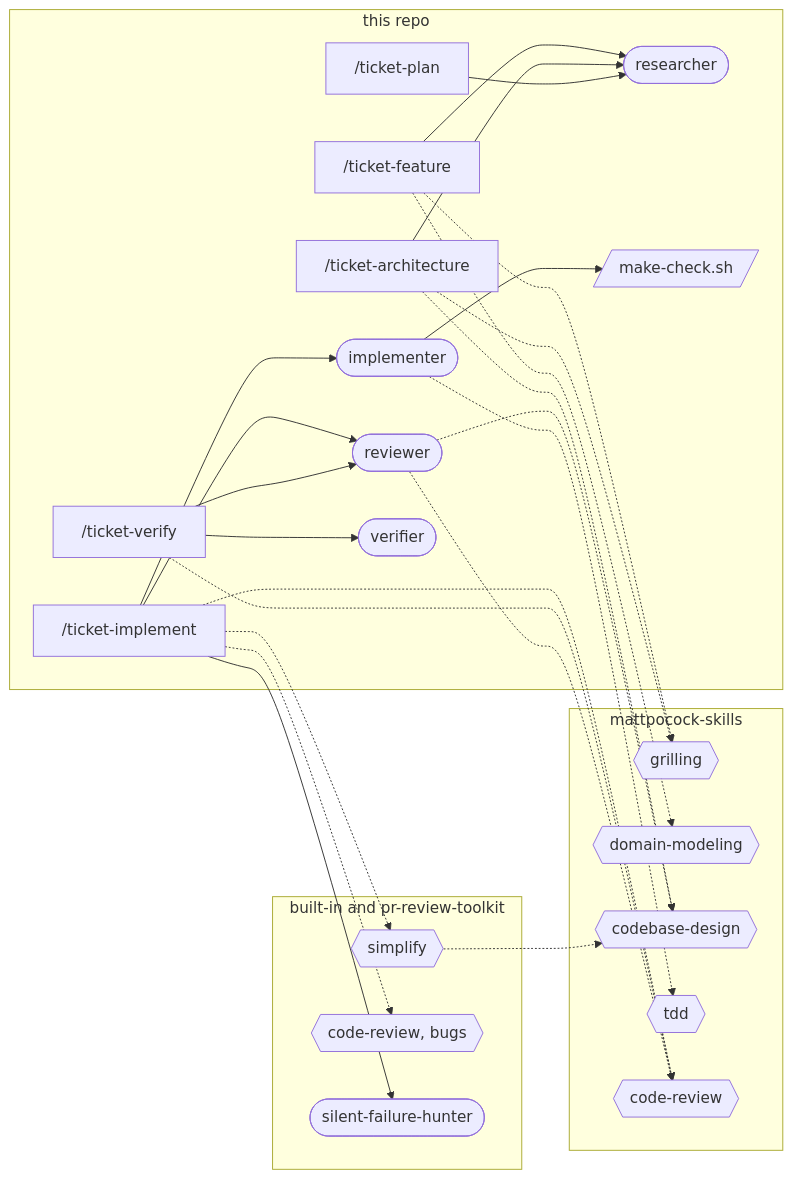
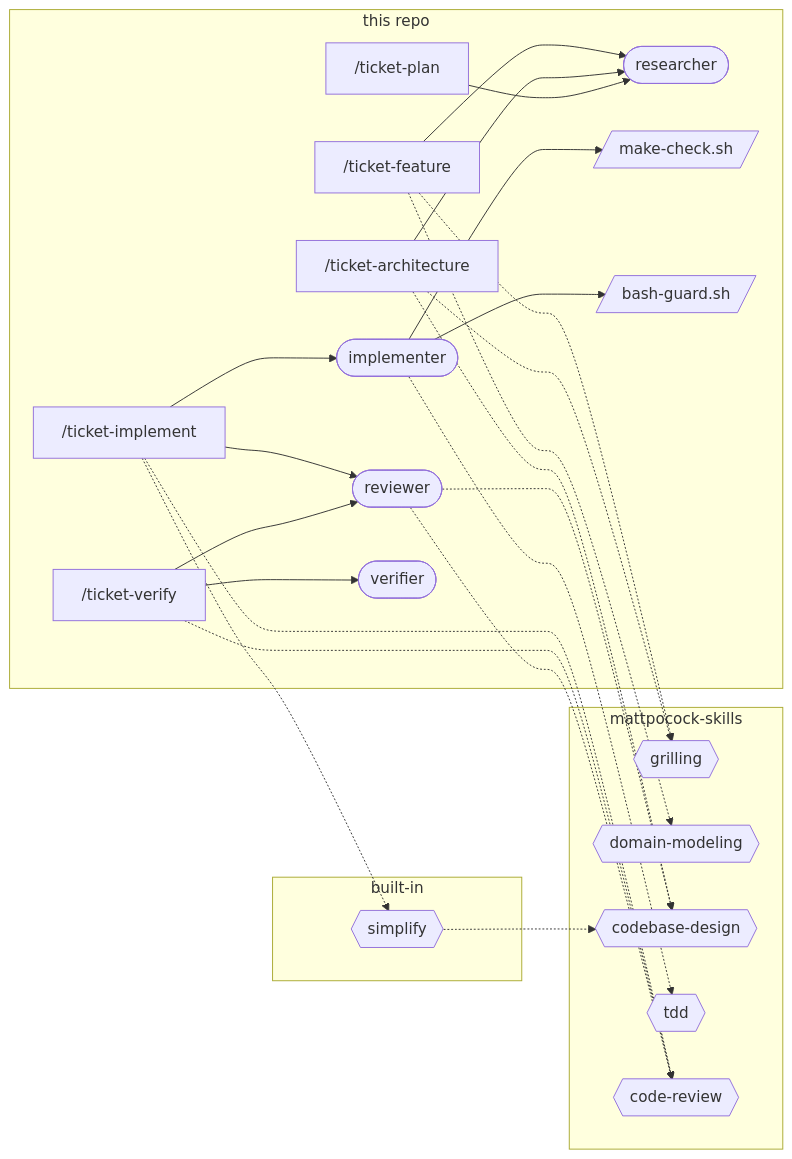
The second of 3 diagrams in docs/knowledge/sdd.md (khotei/app-template), drawn with Mermaid before and after one commit. The commit also changed other lines of this file and 85 other files, not shown here.

````diff
--- a/docs/knowledge/sdd.md
+++ b/docs/knowledge/sdd.md
@@ -72,41 +77,39 @@
 ```mermaid
 graph LR
   subgraph ours [this repo]
     feature["/ticket-feature"]
     arch["/ticket-architecture"]
     plan["/ticket-plan"]
     impl["/ticket-implement"]
     verify["/ticket-verify"]
     researcher([researcher])
     implementer([implementer])
     reviewer([reviewer])
     verifier([verifier])
     hook[/make-check.sh/]
+    guard[/bash-guard.sh/]
   end
   subgraph plugin [mattpocock-skills]
     grilling{{grilling}}
     modeling{{domain-modeling}}
     design{{codebase-design}}
     tdd{{tdd}}
     review{{code-review}}
   end
-  subgraph builtin [built-in and pr-review-toolkit]
+  subgraph builtin [built-in]
     simplify{{simplify}}
-    bugs{{code-review, bugs}}
-    hunter([silent-failure-hunter])
   end
   feature -.-> grilling & modeling
   feature --> researcher
   arch -.-> design & grilling
   arch --> researcher
   plan --> researcher
   impl --> implementer & reviewer
-  impl -.-> review & simplify & bugs
+  impl -.-> review & simplify
   simplify -.-> design
-  impl --> hunter
   implementer -.-> tdd
-  implementer --> hook
+  implementer --> hook & guard
   verify --> verifier & reviewer
   verify -.-> review
   reviewer -.-> review & design
 ```
````
